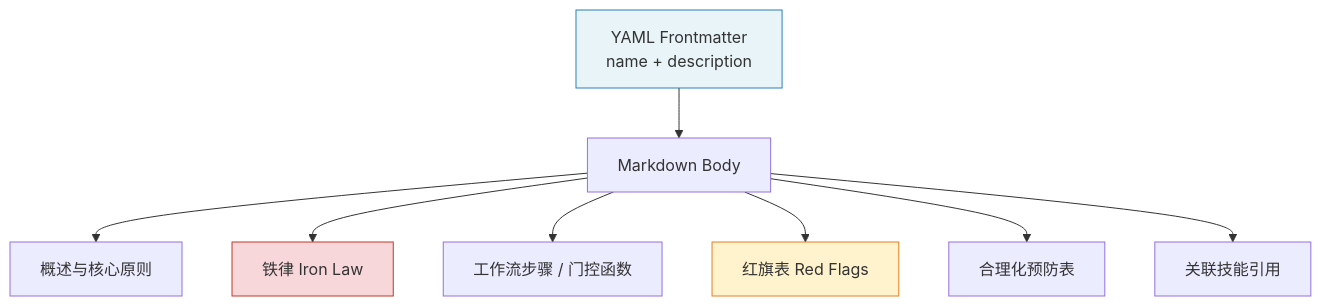
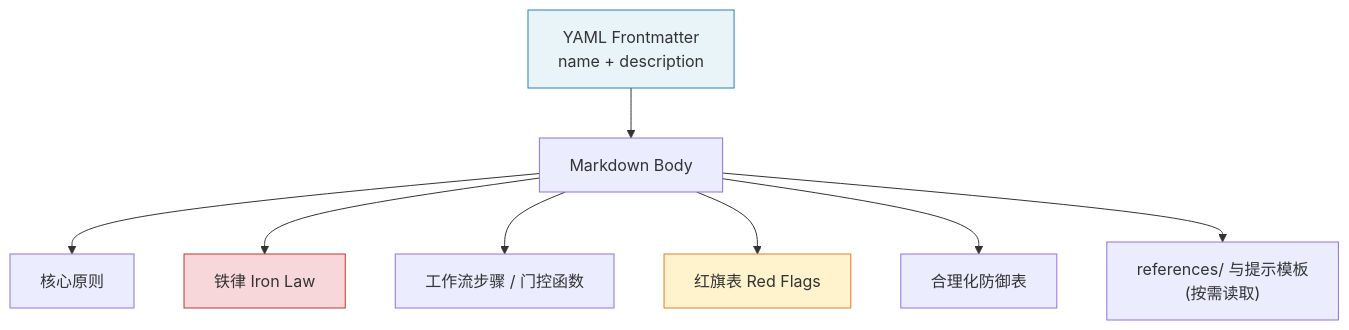
Before and after one commit to yongnianliu/superpowers: the first of 3 diagrams in docs/zh/04-skills-system.md, drawn with Mermaid. The commit also changed other lines of this file and 12 other files, not shown here.

````diff
--- a/docs/zh/04-skills-system.md
+++ b/docs/zh/04-skills-system.md
@@ -45,14 +45,14 @@
 ```mermaid
 graph TD
     A["YAML Frontmatter<br/>name + description"] --> B["Markdown Body"]
-    B --> C["概述与核心原则"]
+    B --> C["核心原则"]
     B --> D["铁律 Iron Law"]
     B --> E["工作流步骤 / 门控函数"]
     B --> F["红旗表 Red Flags"]
-    B --> G["合理化预防表"]
-    B --> H["关联技能引用"]
+    B --> G["合理化防御表"]
+    B --> H["references/ 与提示模板<br/>(按需读取)"]
 
     style A fill:#e8f4f8,stroke:#2980b9
     style D fill:#f8d7da,stroke:#c0392b
     style F fill:#fff3cd,stroke:#e67e22
 ```
````
